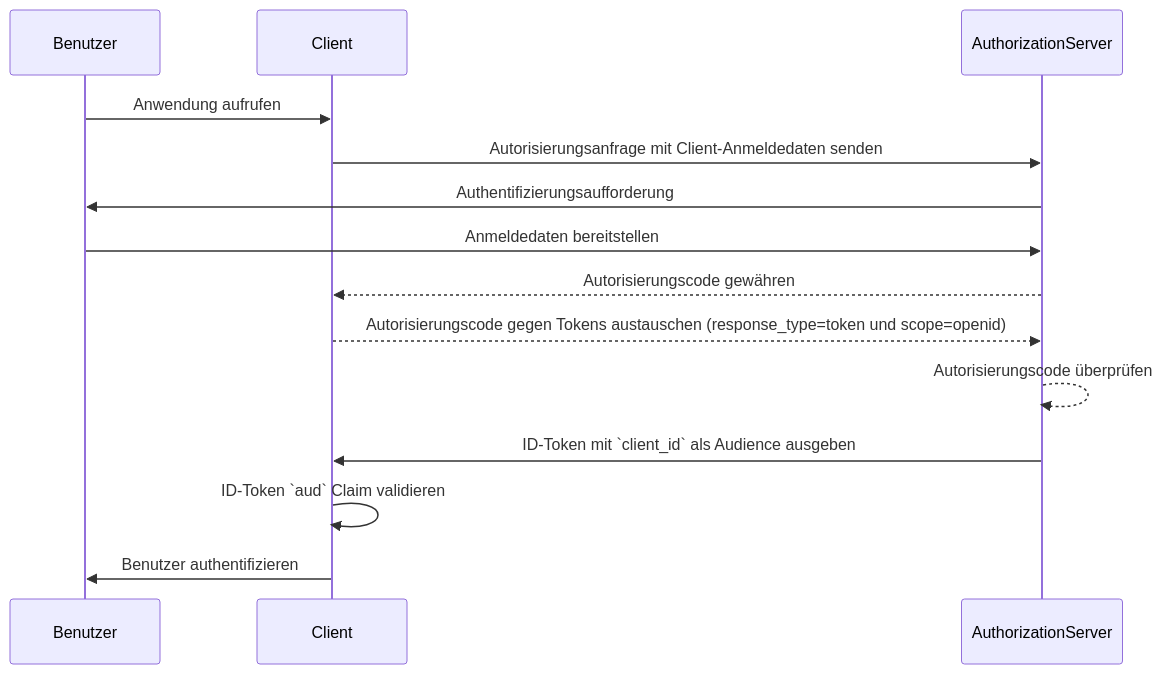
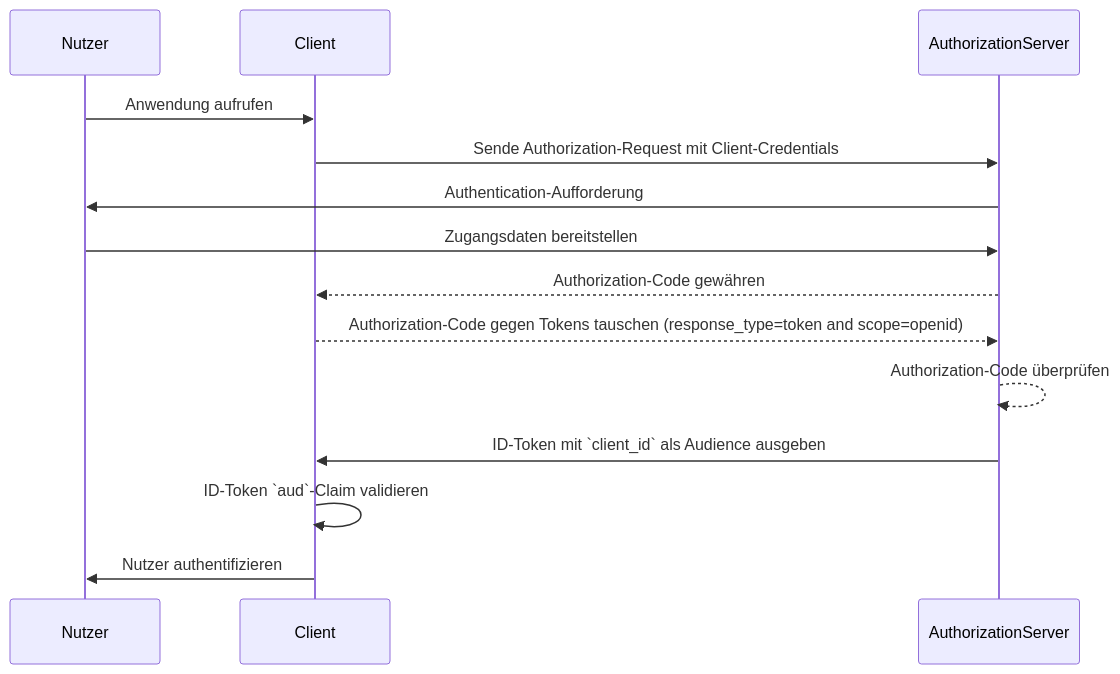
The first of 2 diagrams in src/content/terms/de/audience.mdx (logto-io/auth-wiki), drawn with Mermaid before and after one commit. The commit also changed other lines of this file and 48 other files, not shown here.

````diff
--- a/src/content/terms/de/audience.mdx
+++ b/src/content/terms/de/audience.mdx
@@ -49,17 +49,17 @@
 ```mermaid
 sequenceDiagram
-    participant Benutzer
+    participant Nutzer
     participant Client
     participant AuthorizationServer
 
-    Benutzer->>Client: Anwendung aufrufen
-    Client->>AuthorizationServer: Autorisierungsanfrage mit Client-Anmeldedaten senden
-    AuthorizationServer->>Benutzer: Authentifizierungsaufforderung
-    Benutzer->>AuthorizationServer: Anmeldedaten bereitstellen
-    AuthorizationServer-->>Client: Autorisierungscode gewähren
-    Client-->>AuthorizationServer: Autorisierungscode gegen Tokens austauschen (response_type=token und scope=openid)
-    AuthorizationServer-->>AuthorizationServer: Autorisierungscode überprüfen
+    Nutzer->>Client: Anwendung aufrufen
+    Client->>AuthorizationServer: Sende Authorization-Request mit Client-Credentials
+    AuthorizationServer->>Nutzer: Authentication-Aufforderung
+    Nutzer->>AuthorizationServer: Zugangsdaten bereitstellen
+    AuthorizationServer-->>Client: Authorization-Code gewähren
+    Client-->>AuthorizationServer: Authorization-Code gegen Tokens tauschen (response_type=token and scope=openid)
+    AuthorizationServer-->>AuthorizationServer: Authorization-Code überprüfen
     AuthorizationServer->>Client: ID-Token mit `client_id` als Audience ausgeben
-    Client->>Client: ID-Token `aud` Claim validieren
-    Client->>Benutzer: Benutzer authentifizieren
+    Client->>Client: ID-Token `aud`-Claim validieren
+    Client->>Nutzer: Nutzer authentifizieren
 ```
````
